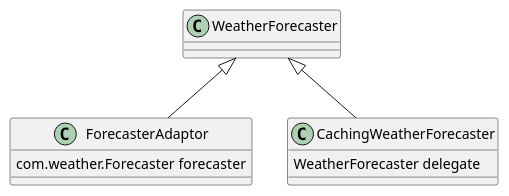
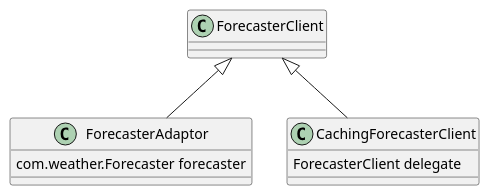
Before and after one commit to papilio-machaon/Weather: the diagram in class-diagram.puml, drawn with PlantUML.

Commit message:
renames to match "solution" branch

```diff
--- a/class-diagram.puml
+++ b/class-diagram.puml
@@ -1,10 +1,10 @@
 @startuml
-WeatherForecaster <|-- ForecasterAdaptor
+ForecasterClient <|-- ForecasterAdaptor
 class ForecasterAdaptor {
     com.weather.Forecaster forecaster
 }
-WeatherForecaster <|-- CachingWeatherForecaster
-class CachingWeatherForecaster {
-    WeatherForecaster delegate
+ForecasterClient <|-- CachingForecasterClient
+class CachingForecasterClient {
+    ForecasterClient delegate
 }
 @enduml
```
